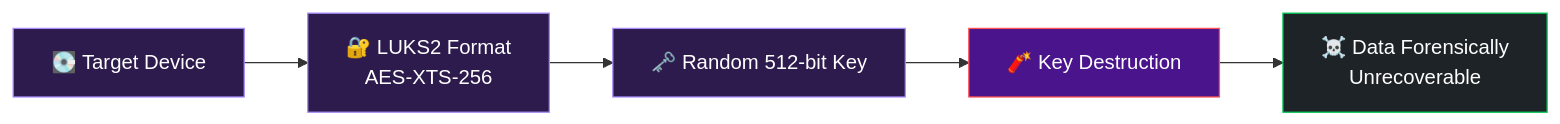
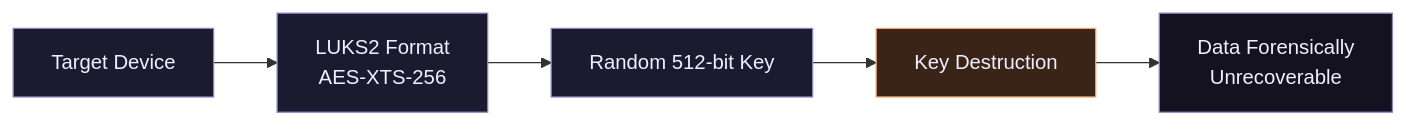
One commit to YugRokadia/Secure-Data-Wiping-for-Trustworthy-IT-Asset-Recycling changed the diagram in README.md. Above: the diagram before and after it, drawn with Mermaid. The commit also changed other lines of this file, not shown here.

````diff
--- a/README.md
+++ b/README.md
@@ -35,13 +21,13 @@
 ```mermaid
 flowchart LR
-    A[💽 Target Device] --> B[🔐 LUKS2 Format<br/>AES-XTS-256]
-    B --> C[🗝️ Random 512-bit Key]
-    C --> D[🧨 Key Destruction]
-    D --> E[☠️ Data Forensically<br/>Unrecoverable]
+    A[Target Device] --> B[LUKS2 Format<br/>AES-XTS-256]
+    B --> C[Random 512-bit Key]
+    C --> D[Key Destruction]
+    D --> E[Data Forensically<br/>Unrecoverable]
 
-    style A fill:#2d1b4e,stroke:#A78BFA,color:#fff
-    style B fill:#2d1b4e,stroke:#A78BFA,color:#fff
-    style C fill:#2d1b4e,stroke:#A78BFA,color:#fff
-    style D fill:#4a148c,stroke:#ff5252,color:#fff
-    style E fill:#1e2327,stroke:#00c853,color:#fff
+    style A fill:#1c1a2e,stroke:#8b85c4,color:#f1efff
+    style B fill:#1c1a2e,stroke:#8b85c4,color:#f1efff
+    style C fill:#1c1a2e,stroke:#8b85c4,color:#f1efff
+    style D fill:#3a2418,stroke:#eeab77,color:#f1efff
+    style E fill:#141220,stroke:#8b85c4,color:#f1efff
 ```
````
